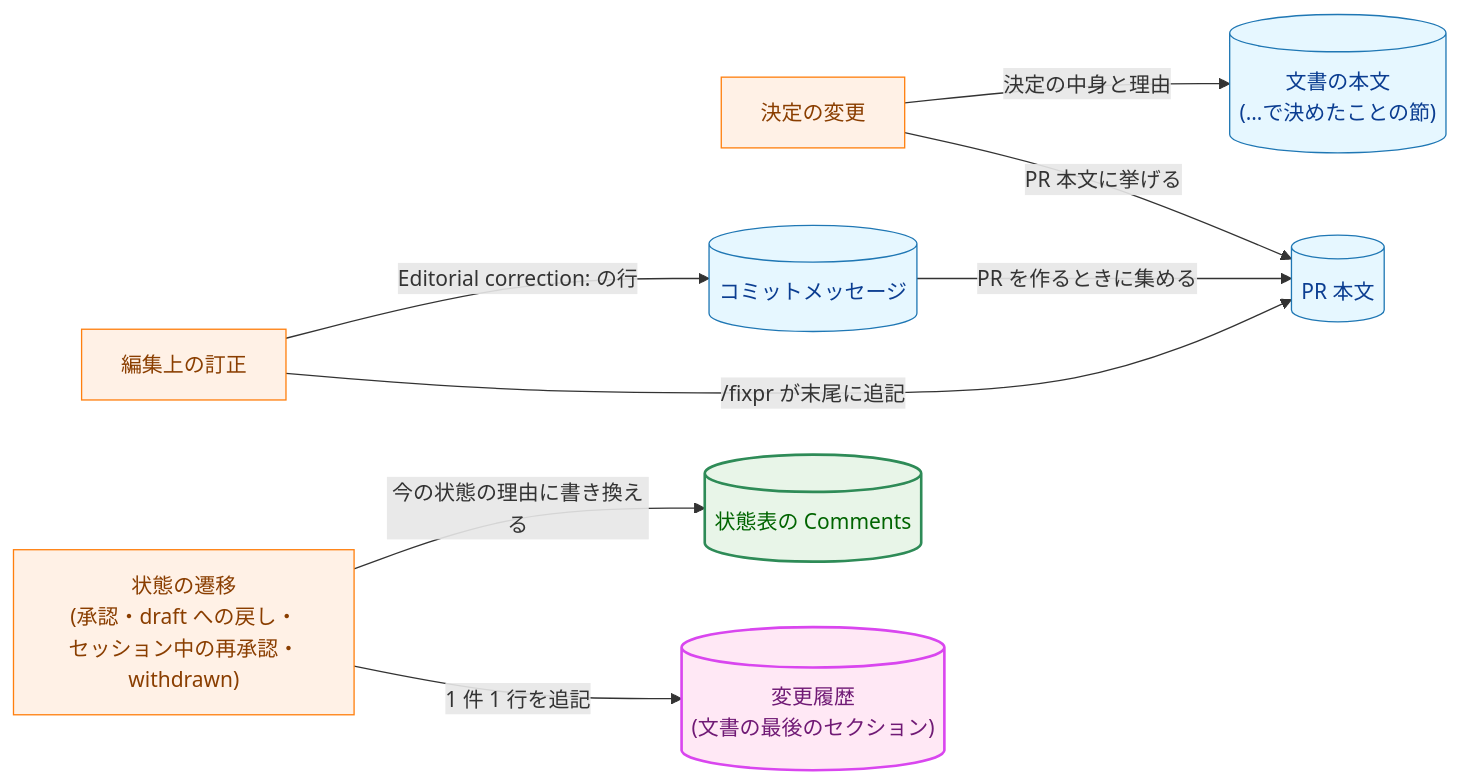
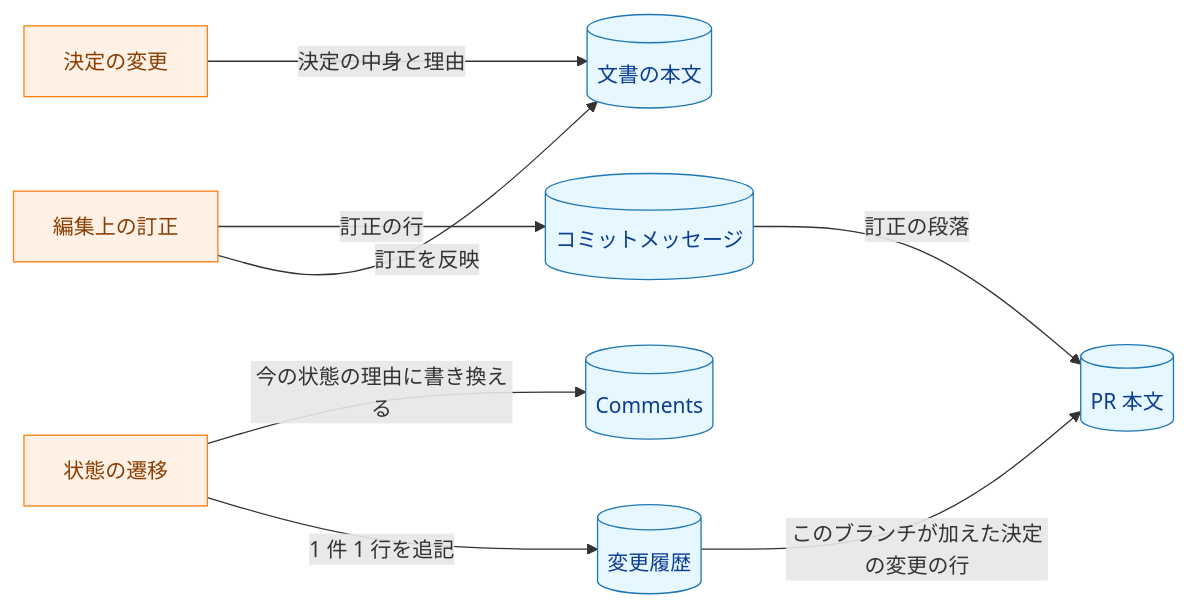
The first of 11 diagrams in docs/tasks/0053_status_comments_policy/02_architecture.md (isseis/yt2column), drawn with Mermaid before and after one commit. The commit also changed other lines of this file, not shown here.

````diff
--- a/docs/tasks/0053_status_comments_policy/02_architecture.md
+++ b/docs/tasks/0053_status_comments_policy/02_architecture.md
@@ -32,30 +33,26 @@
 ```mermaid
 flowchart LR
     classDef data fill:#e6f7ff,stroke:#1f77b4,stroke-width:1px,color:#0b3d91;
     classDef process fill:#fff1e6,stroke:#ff7f0e,stroke-width:1px,color:#8a3e00;
-    classDef enhanced fill:#e8f5e8,stroke:#2e8b57,stroke-width:2px,color:#006400;
-    classDef newpkg fill:#ffe8f5,stroke:#d946ef,stroke-width:2px,color:#701a75;
 
     EDIT["編集上の訂正"]
     DEC["決定の変更"]
-    TRANS["状態の遷移<br>(承認・draft への戻し・<br>セッション中の再承認・withdrawn)"]
+    TRANS["状態の遷移"]
 
-    BODY[("文書の本文<br>(…で決めたことの節)")]
-    COMMENTS[("状態表の Comments")]
-    HISTORY[("変更履歴<br>(文書の最後のセクション)")]
+    BODY[("文書の本文")]
+    COMMENTS[("Comments")]
+    HISTORY[("変更履歴")]
     COMMIT[("コミットメッセージ")]
     PRBODY[("PR 本文")]
 
-    EDIT -->|"Editorial correction: の行"| COMMIT
-    COMMIT -->|"PR を作るときに集める"| PRBODY
-    EDIT -->|"/fixpr が末尾に追記"| PRBODY
+    EDIT -->|"訂正の行"| COMMIT
+    EDIT -->|"訂正を反映"| BODY
     DEC -->|"決定の中身と理由"| BODY
-    DEC -->|"PR 本文に挙げる"| PRBODY
     TRANS -->|"今の状態の理由に書き換える"| COMMENTS
     TRANS -->|"1 件 1 行を追記"| HISTORY
+    COMMIT -->|"訂正の段落"| PRBODY
+    HISTORY -->|"このブランチが加えた決定の変更の行"| PRBODY
 
     class EDIT,DEC,TRANS process
-    class BODY,COMMIT,PRBODY data
-    class COMMENTS enhanced
-    class HISTORY newpkg
+    class BODY,COMMENTS,HISTORY,COMMIT,PRBODY data
 ```
````
